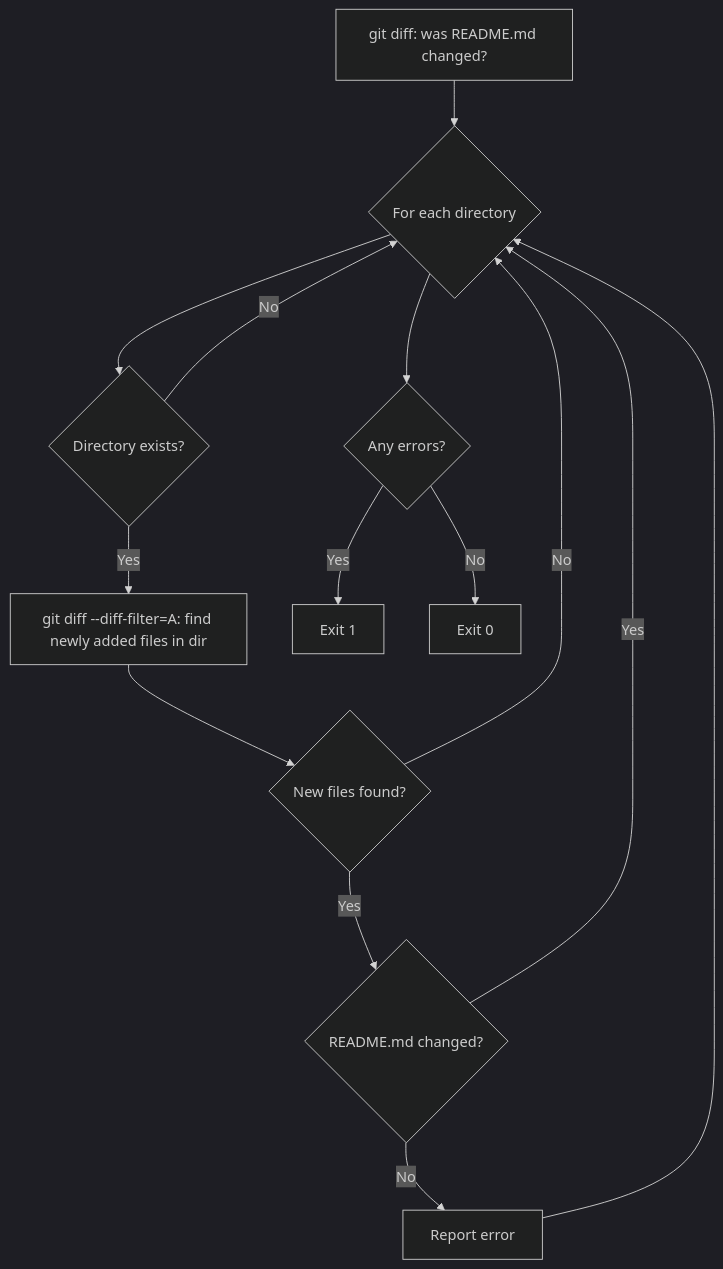
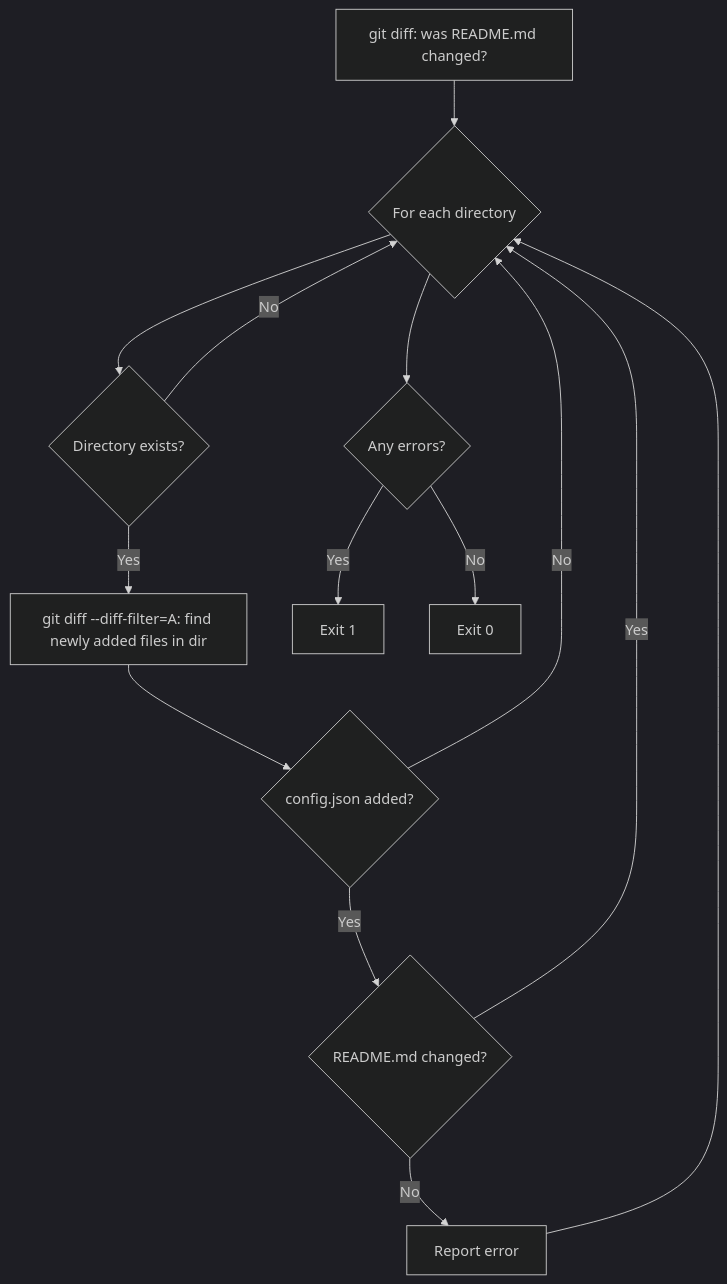
One commit to Autohive-AI/autohive-integrations-tooling changed the diagram in scripts/docs/check_readme.md. Above: the diagram before and after it, drawn with Mermaid (dark theme). The commit also changed other lines of this file and 1 other file, not shown here.

````diff
--- a/scripts/docs/check_readme.md
+++ b/scripts/docs/check_readme.md
@@ -47,16 +47,16 @@
 ```mermaid
 flowchart TD
     A[git diff: was README.md changed?] --> B{For each directory}
     B --> C{Directory exists?}
     C -->|No| B
     C -->|Yes| D[git diff --diff-filter=A: find newly added files in dir]
-    D --> E{New files found?}
+    D --> E{config.json added?}
     E -->|No| B
     E -->|Yes| F{README.md changed?}
     F -->|Yes| B
     F -->|No| G[Report error]
     G --> B
     B --> H{Any errors?}
     H -->|Yes| I[Exit 1]
     H -->|No| J[Exit 0]
 ```
````
